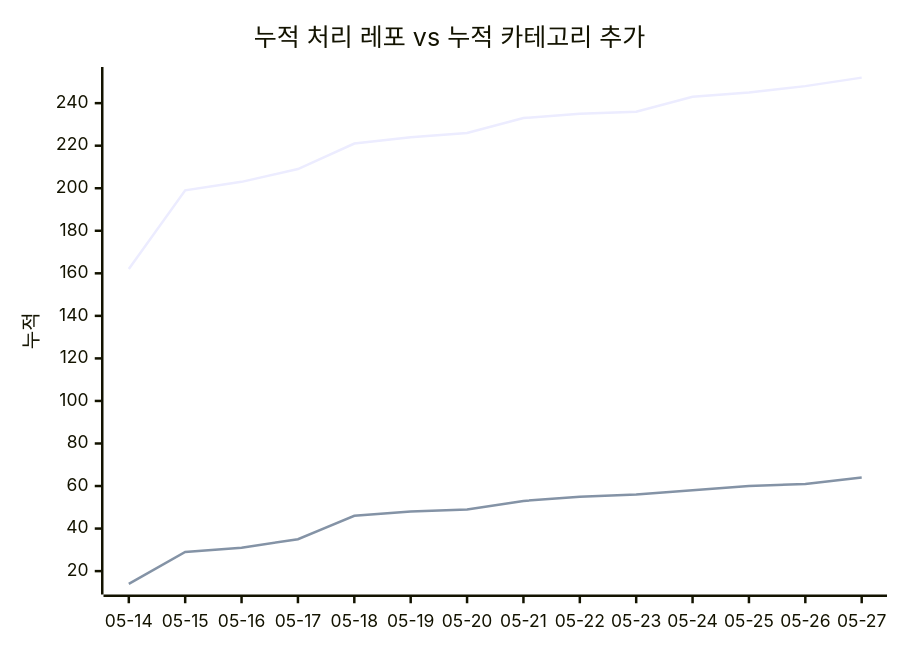
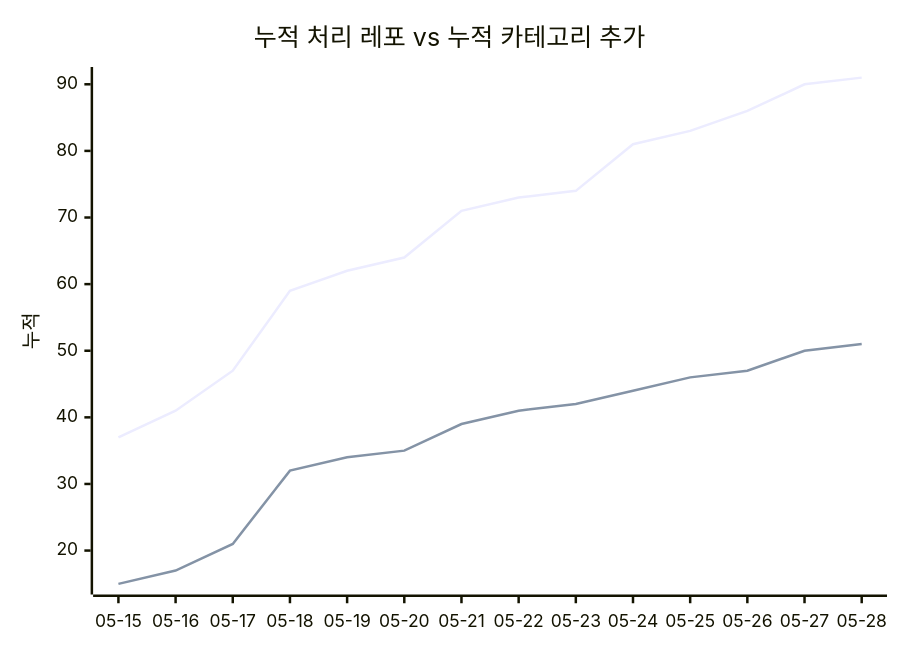
The second of 2 diagrams in docs/trends.md (J-nowcow/awesome-korean-agent-skills), drawn with Mermaid before and after one commit. The commit also changed other lines of this file and 3 other files, not shown here.

````diff
--- a/docs/trends.md
+++ b/docs/trends.md
@@ -68,8 +68,8 @@
 ```mermaid
 xychart-beta
     title "누적 처리 레포 vs 누적 카테고리 추가"
-    x-axis ["05-14","05-15","05-16","05-17","05-18","05-19","05-20","05-21","05-22","05-23","05-24","05-25","05-26","05-27"]
+    x-axis ["05-15","05-16","05-17","05-18","05-19","05-20","05-21","05-22","05-23","05-24","05-25","05-26","05-27","05-28"]
     y-axis "누적"
-    line [162,199,203,209,221,224,226,233,235,236,243,245,248,252]
-    line [14,29,31,35,46,48,49,53,55,56,58,60,61,64]
+    line [37,41,47,59,62,64,71,73,74,81,83,86,90,91]
+    line [15,17,21,32,34,35,39,41,42,44,46,47,50,51]
 ```
````
